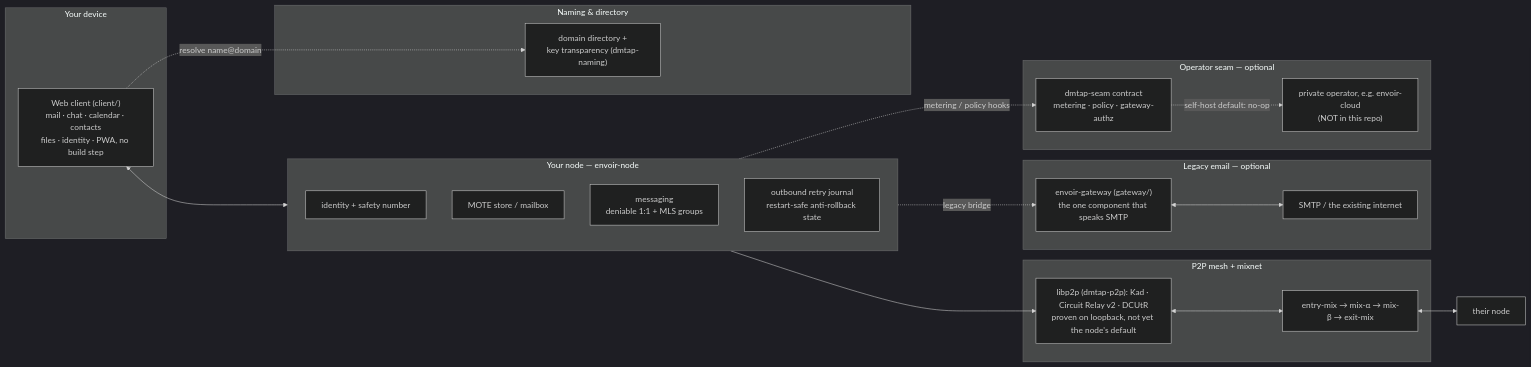
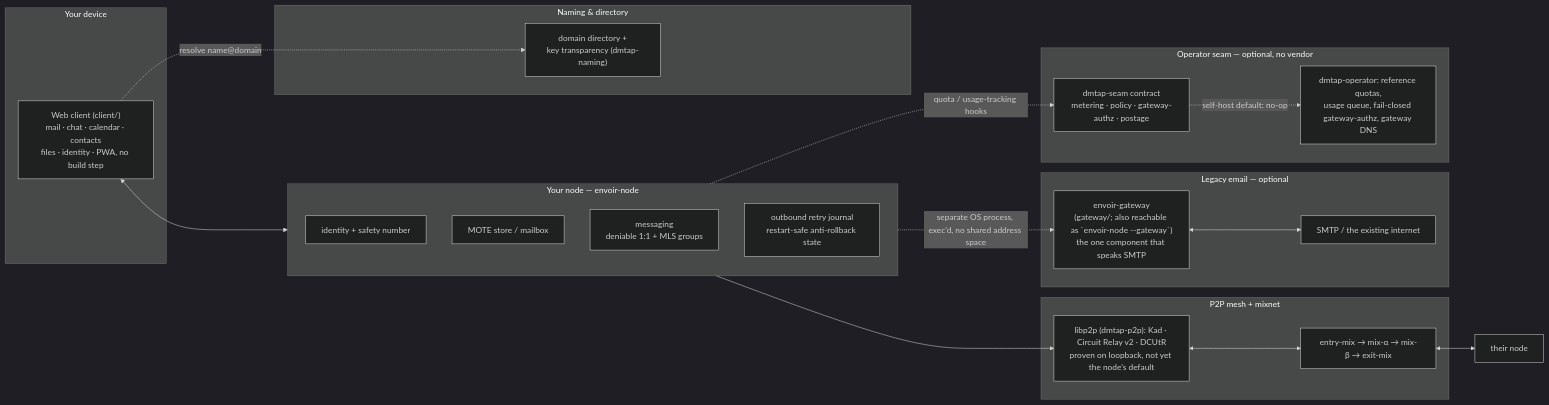
The diagram in README.md (vul-os/envoir), drawn with Mermaid (dark theme) before and after one commit. The commit also changed other lines of this file and 6 other files, not shown here.

````diff
--- a/README.md
+++ b/README.md
@@ -174,42 +174,42 @@
 ```mermaid
 flowchart LR
     subgraph You["Your device"]
         Client["Web client (client/)<br/>mail · chat · calendar · contacts<br/>files · identity · PWA, no build step"]
     end
 
     subgraph Node["Your node — envoir-node"]
         Identity_["identity + safety number"]
         Mailbox["MOTE store / mailbox"]
         Messaging["messaging<br/>deniable 1:1 + MLS groups"]
         Journal["outbound retry journal<br/>restart-safe anti-rollback state"]
     end
 
     subgraph Mesh["P2P mesh + mixnet"]
         Transport["libp2p (dmtap-p2p): Kad · Circuit Relay v2 · DCUtR<br/>proven on loopback, not yet the node's default"]
         Mix["entry-mix → mix-α → mix-β → exit-mix"]
     end
 
     subgraph Naming["Naming & directory"]
         KT["domain directory +<br/>key transparency (dmtap-naming)"]
     end
 
     subgraph Legacy["Legacy email — optional"]
-        Gateway["envoir-gateway (gateway/)<br/>the one component that speaks SMTP"]
+        Gateway["envoir-gateway<br/>(gateway/; also reachable as `envoir-node --gateway`)<br/>the one component that speaks SMTP"]
         SMTP["SMTP / the existing internet"]
     end
 
-    subgraph Op["Operator seam — optional"]
-        Seam["dmtap-seam contract<br/>metering · policy · gateway-authz"]
-        Cloud["private operator, e.g. envoir-cloud<br/>(NOT in this repo)"]
+    subgraph Op["Operator seam — optional, no vendor"]
+        Seam["dmtap-seam contract<br/>metering · policy · gateway-authz · postage"]
+        Ref["dmtap-operator: reference quotas,<br/>usage queue, fail-closed gateway-authz, gateway DNS"]
     end
 
     Client <--> Node
     Node --> Transport
     Transport <--> Mix
     Mix <--> Peer["their node"]
     Client -.->|resolve name@domain| KT
-    Node -.->|legacy bridge| Gateway
+    Node -.->|separate OS process, exec'd, no shared address space| Gateway
     Gateway <--> SMTP
-    Node -.->|metering / policy hooks| Seam
-    Seam -.->|self-host default: no-op| Cloud
+    Node -.->|quota / usage-tracking hooks| Seam
+    Seam -.->|self-host default: no-op| Ref
 ```
````
